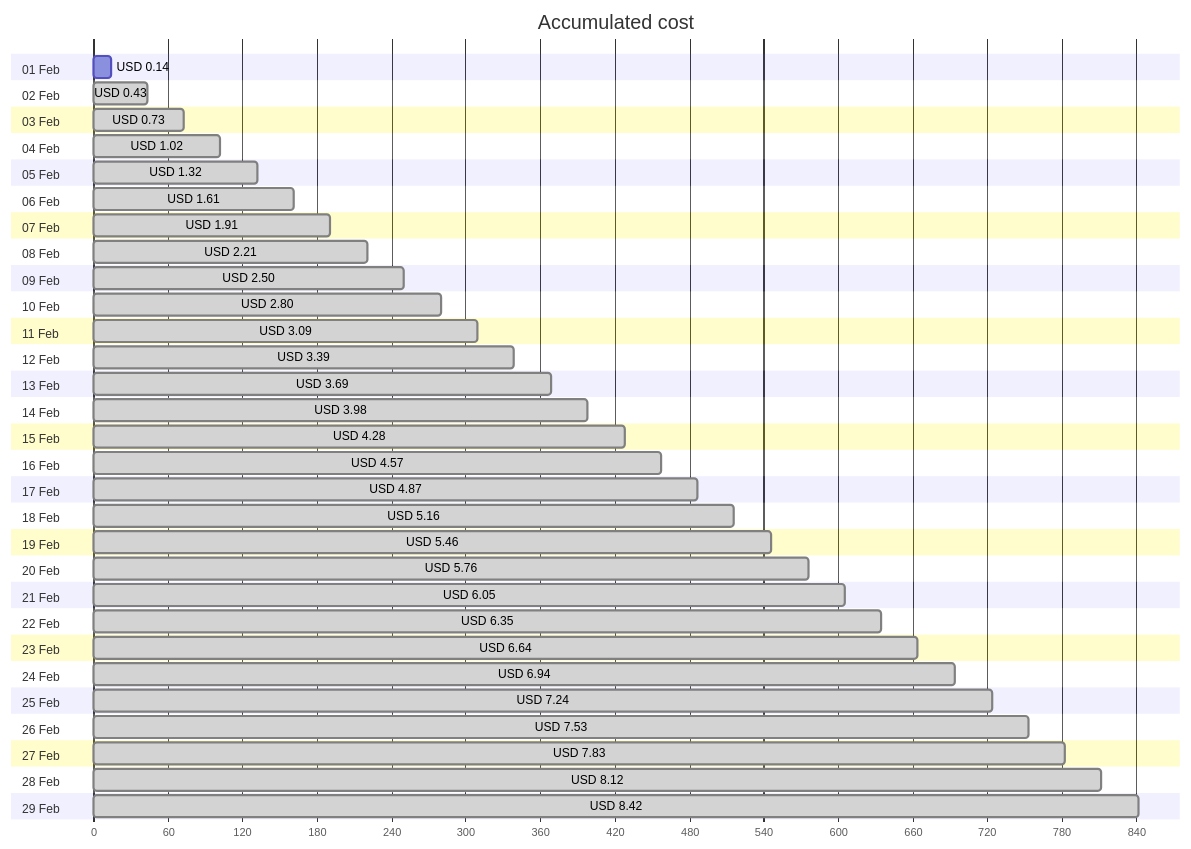
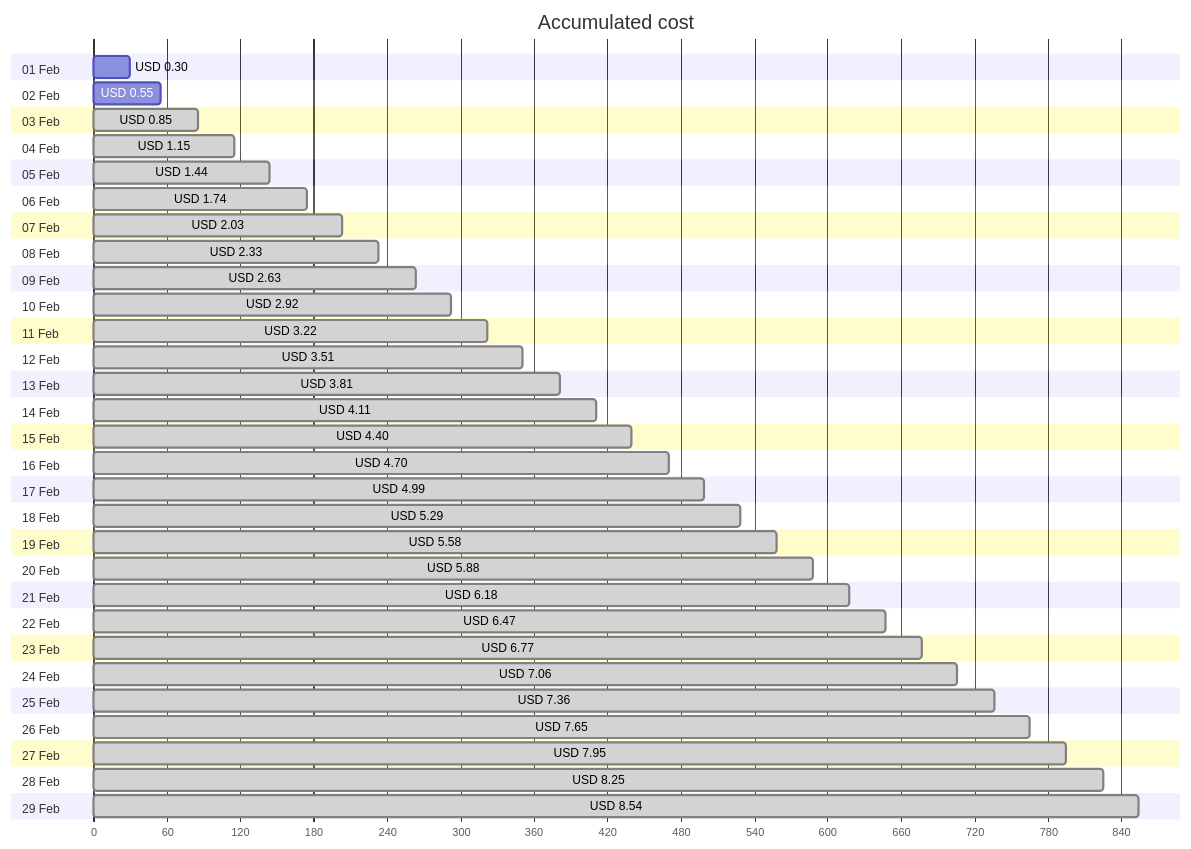
Before and after one commit to jpfulton/azure-personal-reports: the first of 4 diagrams in cost-reports/personal-site/personal-site.md, drawn with Mermaid. The commit also changed other lines of this file and 6 other files, not shown here.

````diff
--- a/cost-reports/personal-site/personal-site.md
+++ b/cost-reports/personal-site/personal-site.md
@@ -20,64 +20,64 @@
 ```mermaid
 gantt
    title Accumulated cost
    dateFormat  X
    axisFormat %s
    section 01 Feb
-   USD 0.14 :0, 14
+   USD 0.30 :0, 30
    section 02 Feb
-   USD 0.43 : done, 0, 43
+   USD 0.55 :0, 55
    section 03 Feb
-   USD 0.73 : done, 0, 73
+   USD 0.85 : done, 0, 85
    section 04 Feb
-   USD 1.02 : done, 0, 102
+   USD 1.15 : done, 0, 115
    section 05 Feb
-   USD 1.32 : done, 0, 132
+   USD 1.44 : done, 0, 144
    section 06 Feb
-   USD 1.61 : done, 0, 161
+   USD 1.74 : done, 0, 174
    section 07 Feb
-   USD 1.91 : done, 0, 191
+   USD 2.03 : done, 0, 203
    section 08 Feb
-   USD 2.21 : done, 0, 221
+   USD 2.33 : done, 0, 233
    section 09 Feb
-   USD 2.50 : done, 0, 250
+   USD 2.63 : done, 0, 263
    section 10 Feb
-   USD 2.80 : done, 0, 280
+   USD 2.92 : done, 0, 292
    section 11 Feb
-   USD 3.09 : done, 0, 309
+   USD 3.22 : done, 0, 322
    section 12 Feb
-   USD 3.39 : done, 0, 339
+   USD 3.51 : done, 0, 351
    section 13 Feb
-   USD 3.69 : done, 0, 369
+   USD 3.81 : done, 0, 381
    section 14 Feb
-   USD 3.98 : done, 0, 398
+   USD 4.11 : done, 0, 411
    section 15 Feb
-   USD 4.28 : done, 0, 428
+   USD 4.40 : done, 0, 440
    section 16 Feb
-   USD 4.57 : done, 0, 457
+   USD 4.70 : done, 0, 470
    section 17 Feb
-   USD 4.87 : done, 0, 487
+   USD 4.99 : done, 0, 499
    section 18 Feb
-   USD 5.16 : done, 0, 516
+   USD 5.29 : done, 0, 529
    section 19 Feb
-   USD 5.46 : done, 0, 546
+   USD 5.58 : done, 0, 558
    section 20 Feb
-   USD 5.76 : done, 0, 576
+   USD 5.88 : done, 0, 588
    section 21 Feb
-   USD 6.05 : done, 0, 605
+   USD 6.18 : done, 0, 618
    section 22 Feb
-   USD 6.35 : done, 0, 635
+   USD 6.47 : done, 0, 647
    section 23 Feb
-   USD 6.64 : done, 0, 664
+   USD 6.77 : done, 0, 677
    section 24 Feb
-   USD 6.94 : done, 0, 694
+   USD 7.06 : done, 0, 706
    section 25 Feb
-   USD 7.24 : done, 0, 724
+   USD 7.36 : done, 0, 736
    section 26 Feb
-   USD 7.53 : done, 0, 753
+   USD 7.65 : done, 0, 765
    section 27 Feb
-   USD 7.83 : done, 0, 783
+   USD 7.95 : done, 0, 795
    section 28 Feb
-   USD 8.12 : done, 0, 812
+   USD 8.25 : done, 0, 825
    section 29 Feb
-   USD 8.42 : done, 0, 842
+   USD 8.54 : done, 0, 854
 ```
````
